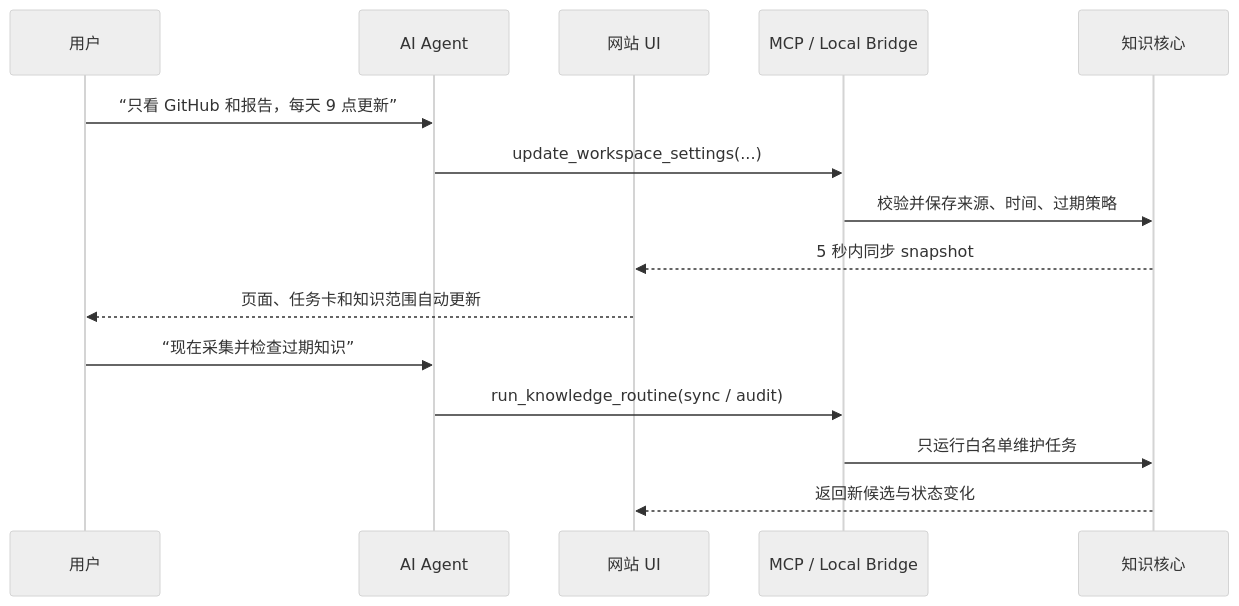
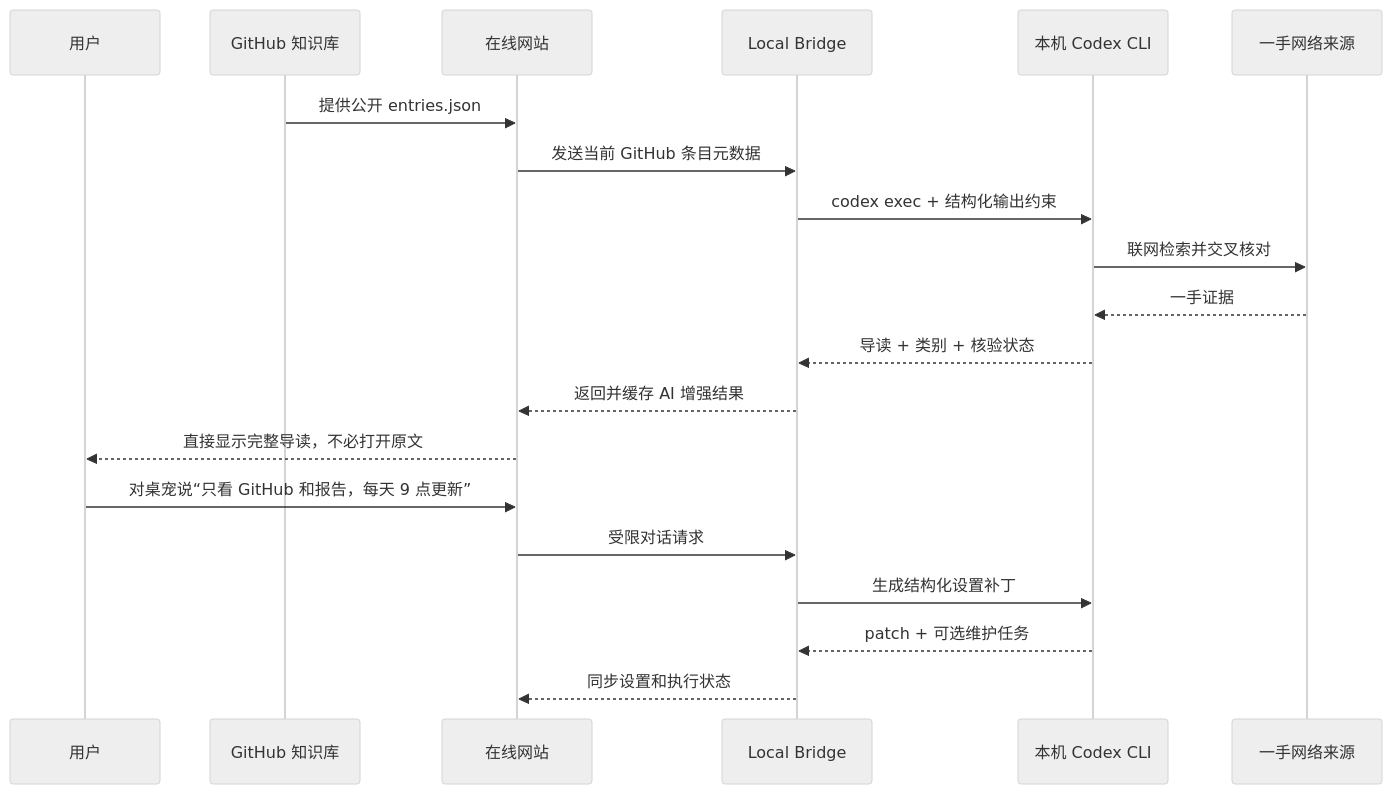
Before and after one commit to Alex-2000-m/agent-engineer-workbench: the second of 2 diagrams in README.md, drawn with Mermaid (neutral theme). The commit also changed other lines of this file and 13 other files, not shown here.

Commit message:
Make local CLI the secure AI runtime

````diff
--- a/README.md
+++ b/README.md
@@ -57,19 +58,24 @@
 ```mermaid
 sequenceDiagram
   participant U as 用户
-  participant A as AI Agent
-  participant W as 网站 UI
-  participant M as MCP / Local Bridge
-  participant K as 知识核心
+  participant G as GitHub 知识库
+  participant W as 在线网站
+  participant B as Local Bridge
+  participant C as 本机 Codex CLI
+  participant S as 一手网络来源
 
-  U->>A: “只看 GitHub 和报告，每天 9 点更新”
-  A->>M: update_workspace_settings(...)
-  M->>K: 校验并保存来源、时间、过期策略
-  K-->>W: 5 秒内同步 snapshot
-  W-->>U: 页面、任务卡和知识范围自动更新
+  G->>W: 提供公开 entries.json
+  W->>B: 发送当前 GitHub 条目元数据
+  B->>C: codex exec + 结构化输出约束
+  C->>S: 联网检索并交叉核对
+  S-->>C: 一手证据
+  C-->>B: 导读 + 类别 + 核验状态
+  B-->>W: 返回并缓存 AI 增强结果
+  W-->>U: 直接显示完整导读，不必打开原文
 
-  U->>A: “现在采集并检查过期知识”
-  A->>M: run_knowledge_routine(sync / audit)
-  M->>K: 只运行白名单维护任务
-  K-->>W: 返回新候选与状态变化
+  U->>W: 对桌宠说“只看 GitHub 和报告，每天 9 点更新”
+  W->>B: 受限对话请求
+  B->>C: 生成结构化设置补丁
+  C-->>B: patch + 可选维护任务
+  B-->>W: 同步设置和执行状态
 ```
````
